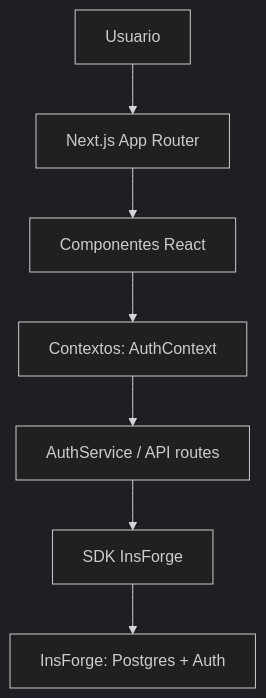
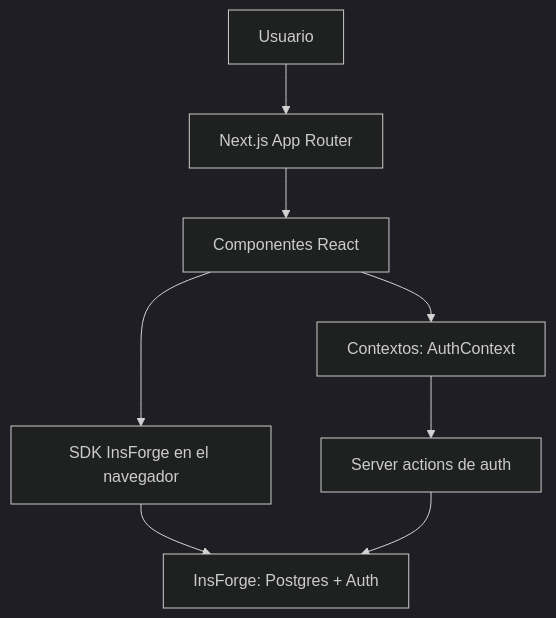
Before and after one commit to PabloJustDevelops/TravelPal: the diagram in docs/ARCHITECTURE.md, drawn with Mermaid (dark theme). The commit also changed other lines of this file and 1 other file, not shown here.

````diff
--- a/docs/ARCHITECTURE.md
+++ b/docs/ARCHITECTURE.md
@@ -43,9 +47,10 @@
 ```mermaid
 graph TB
     A[Usuario] --> B[Next.js App Router]
     B --> C[Componentes React]
     C --> D[Contextos: AuthContext]
-    D --> E[AuthService / API routes]
-    E --> F[SDK InsForge]
-    F --> G[InsForge: Postgres + Auth]
+    C --> E[SDK InsForge en el navegador]
+    D --> F[Server actions de auth]
+    E --> G[InsForge: Postgres + Auth]
+    F --> G
 ```
````
